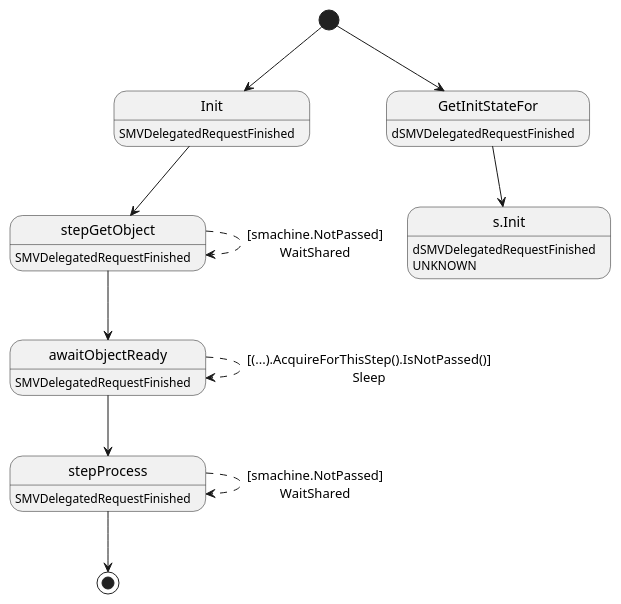
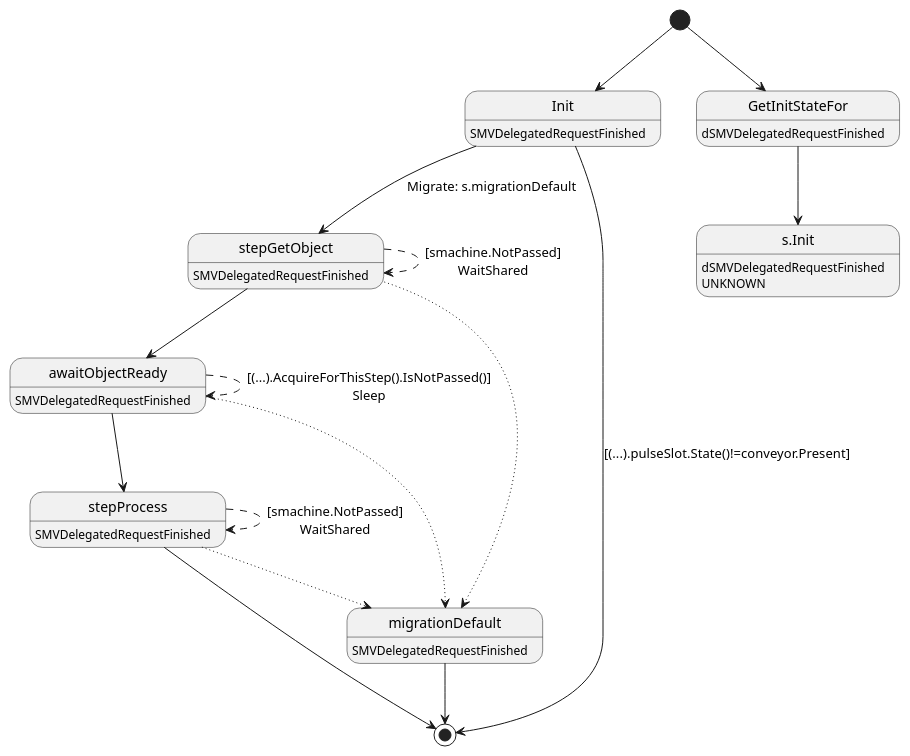
Before and after one commit to insolar/assured-ledger: the diagram in ledger-core/virtual/handlers/vdelegatedrequestfinished.plantuml, drawn with PlantUML. The commit also changed 12 other files, not shown here.

Commit message:
Plat-536: fix process message in past pulse (#432)

```diff
--- a/ledger-core/virtual/handlers/vdelegatedrequestfinished.plantuml
+++ b/ledger-core/virtual/handlers/vdelegatedrequestfinished.plantuml
@@ -1,25 +1,32 @@
 @startuml
 state "Init" as T01_S001
 T01_S001 : SMVDelegatedRequestFinished
 [*] --> T01_S001
-T01_S001 --> T01_S002
-state "awaitObjectReady" as T01_S003
+T01_S001 --> [*] : [(...).pulseSlot.State()!=conveyor.Present]
+T01_S001 --> T01_S003 : Migrate: s.migrationDefault
+state "awaitObjectReady" as T01_S004
+T01_S004 : SMVDelegatedRequestFinished
+T01_S004 --[dotted]> T01_S002
+T01_S004 --[dashed]> T01_S004 : [(...).AcquireForThisStep().IsNotPassed()]\nSleep
+T01_S004 --> T01_S005
+state "migrationDefault" as T01_S002
+T01_S002 : SMVDelegatedRequestFinished
+T01_S002 --> [*]
+state "stepGetObject" as T01_S003
 T01_S003 : SMVDelegatedRequestFinished
-T01_S003 --[dashed]> T01_S003 : [(...).AcquireForThisStep().IsNotPassed()]\nSleep
+T01_S003 --[dotted]> T01_S002
+T01_S003 --[dashed]> T01_S003 : [smachine.NotPassed]\nWaitShared
 T01_S003 --> T01_S004
-state "stepGetObject" as T01_S002
-T01_S002 : SMVDelegatedRequestFinished
-T01_S002 --[dashed]> T01_S002 : [smachine.NotPassed]\nWaitShared
-T01_S002 --> T01_S003
-state "stepProcess" as T01_S004
-T01_S004 : SMVDelegatedRequestFinished
-T01_S004 --[dashed]> T01_S004 : [smachine.NotPassed]\nWaitShared
-T01_S004 --> [*]
+state "stepProcess" as T01_S005
+T01_S005 : SMVDelegatedRequestFinished
+T01_S005 --[dotted]> T01_S002
+T01_S005 --[dashed]> T01_S005 : [smachine.NotPassed]\nWaitShared
+T01_S005 --> [*]
 state "GetInitStateFor" as T00_S001
 T00_S001 : dSMVDelegatedRequestFinished
 [*] --> T00_S001
 state "s.Init" as T00_U001
 T00_U001 : dSMVDelegatedRequestFinished
 T00_U001 : UNKNOWN 
 T00_S001 --> T00_U001
 @enduml
```
